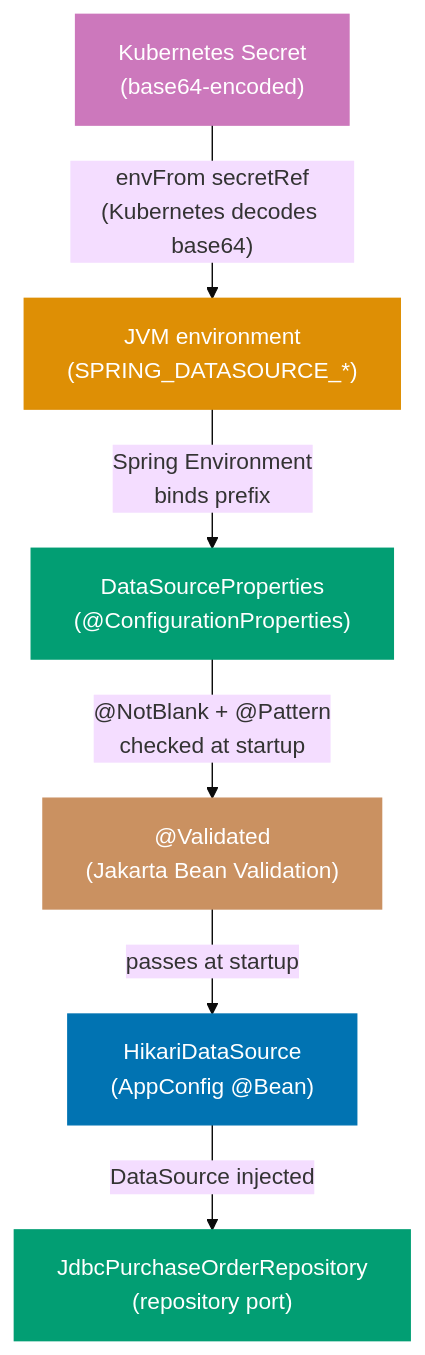
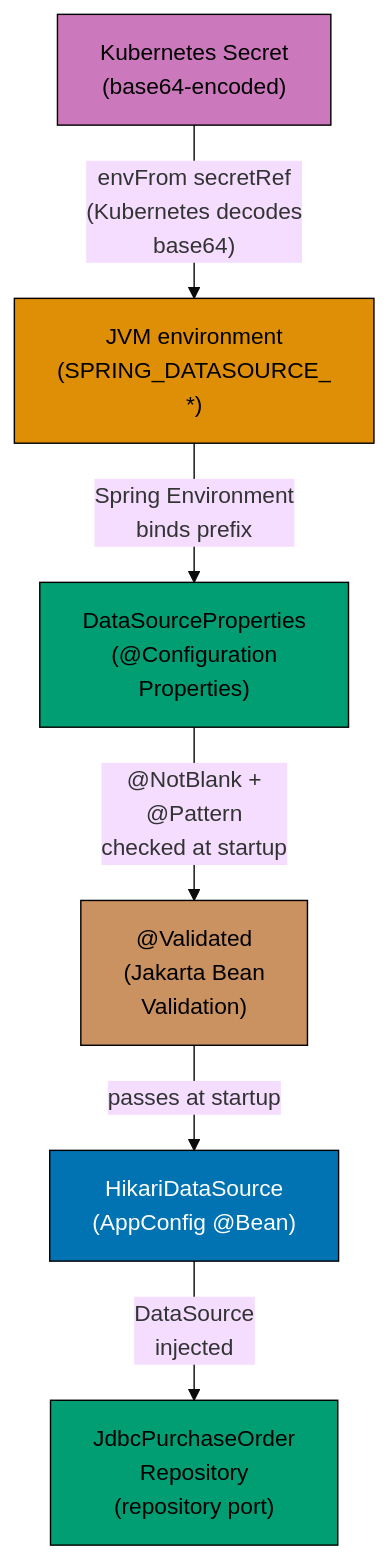
One commit to wahidyankf/ose-public changed the fifth of 5 diagrams in apps/ayokoding-www/content/en/learn/legacy/software-engineering/software-architecture/by-example/cases/in-oop/advanced.md. Above: the diagram before and after it, drawn with Mermaid (base theme). The commit also changed other lines of this file and 78 other files, not shown here.

First line of the commit message:
fix(mermaid): bring the remaining legacy software-engineering diagrams onto the accessible palette

````diff
--- a/apps/ayokoding-www/content/en/learn/legacy/software-engineering/software-architecture/by-example/cases/in-oop/advanced.md
+++ b/apps/ayokoding-www/content/en/learn/legacy/software-engineering/software-architecture/by-example/cases/in-oop/advanced.md
@@ -6715,21 +6726,24 @@
 ```mermaid
 flowchart TD
-    k8s["Kubernetes Secret\n(base64-encoded)"]:::purple
-    env["JVM environment\n(SPRING_DATASOURCE_*)"]:::orange
-    props["DataSourceProperties\n(@ConfigurationProperties)"]:::teal
-    valid["@Validated\n(Jakarta Bean Validation)"]:::brown
-    ds["HikariDataSource\n(AppConfig @Bean)"]:::blue
-    port["JdbcPurchaseOrderRepository\n(repository port)"]:::teal
+    accTitle: Production Framework
+    accDescr: Flowchart with 6 nodes and 5 connections. Nodes: Kubernetes Secret (base64-encoded), JVM environment (SPRING_DATASOURCE_ *), DataSourceProperties (@Configuration Properties), @Validated (Jakarta Bean Validation), HikariDataSource (AppConfig @Bean), JdbcPurchaseOrder Repository (repository port). Connections: Kubernetes Secret (base64-encoded) to JVM environment (SPRING_DATASOURCE_ *) (envFrom secretRef (Kubernetes decodes base64)), JVM environment (SPRING_DATASOURCE_ *) to DataSourceProperties (@Configuration Properties) (Spring Environment binds prefix), DataSourceProperties (@Configuration Properties) to @Validated (Jakarta Bean Validation) (@NotBlank + @Pattern checked at startup), @Validated (Jakarta Bean Validation) to HikariDataSource (AppConfig @Bean) (passes at startup), HikariDataSource (AppConfig @Bean) to JdbcPurchaseOrder Repository (repository port) (DataSource injected).
+    k8s["Kubernetes Secret<br/>(base64-encoded)"]:::purple
+    env["JVM environment<br/>(SPRING_DATASOURCE_<br/>*)"]:::orange
+    props["DataSourceProperties<br/>(@Configuration<br/>Properties)"]:::teal
+    valid["@Validated<br/>(Jakarta Bean<br/>Validation)"]:::brown
+    ds["HikariDataSource<br/>(AppConfig @Bean)"]:::blue
+    port["JdbcPurchaseOrder<br/>Repository<br/>(repository port)"]:::teal
 
-    k8s -->|"envFrom secretRef\n(Kubernetes decodes base64)"| env
-    env -->|"Spring Environment\nbinds prefix"| props
-    props -->|"@NotBlank + @Pattern\nchecked at startup"| valid
+    k8s -->|"envFrom secretRef<br/>(Kubernetes decodes<br/>base64)"| env
+    env -->|"Spring Environment<br/>binds prefix"| props
+    props -->|"@NotBlank +<br/>@Pattern<br/>checked at startup"| valid
     valid -->|"passes at startup"| ds
-    ds -->|"DataSource injected"| port
+    ds -->|"DataSource<br/>injected"| port
 
-    classDef purple fill:#CC78BC,color:#fff,stroke:#CC78BC
-    classDef orange fill:#DE8F05,color:#fff,stroke:#DE8F05
-    classDef teal fill:#029E73,color:#fff,stroke:#029E73
-    classDef brown fill:#CA9161,color:#fff,stroke:#CA9161
-    classDef blue fill:#0173B2,color:#fff,stroke:#0173B2
+    classDef purple fill:#CC78BC,color:#000000,stroke:#000000
+    classDef orange fill:#DE8F05,color:#000000,stroke:#000000
+    classDef teal fill:#029E73,color:#000000,stroke:#000000
+    classDef brown fill:#CA9161,color:#000000,stroke:#000000
+    classDef blue fill:#0173B2,color:#FFFFFF,stroke:#000000
+    classDef default fill:#FFFFFF,stroke:#000000,color:#000000
 ```
````
